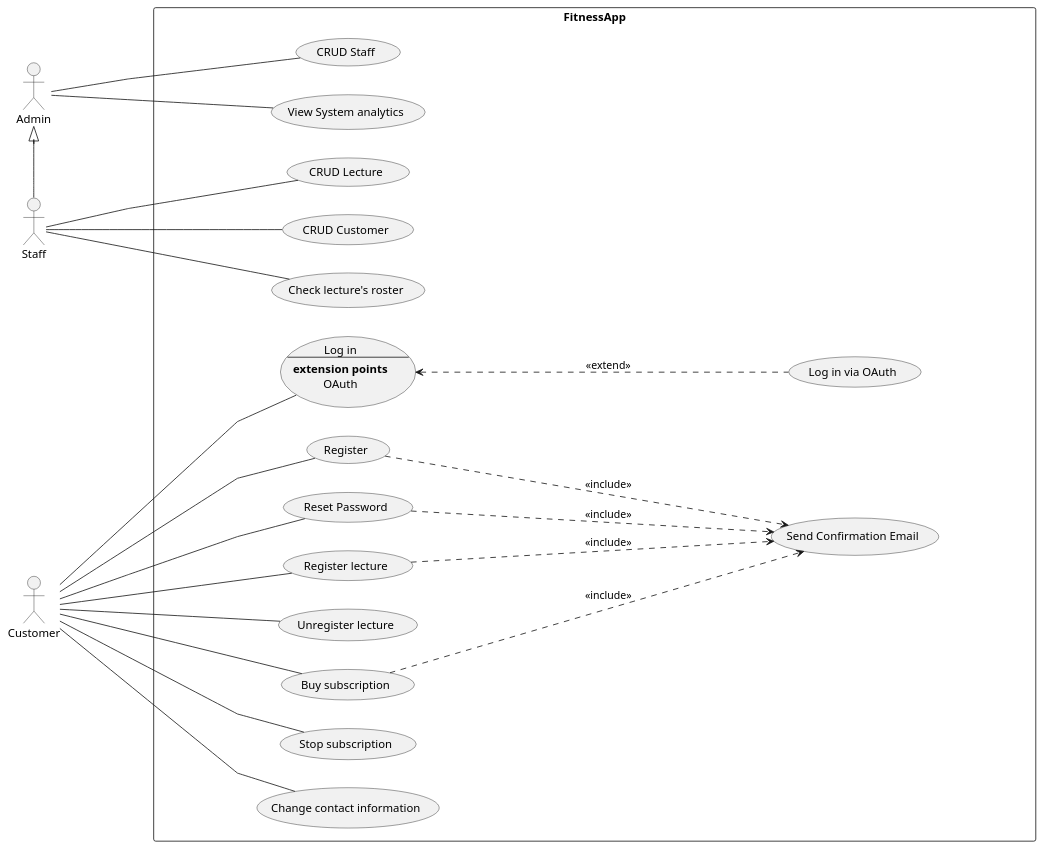
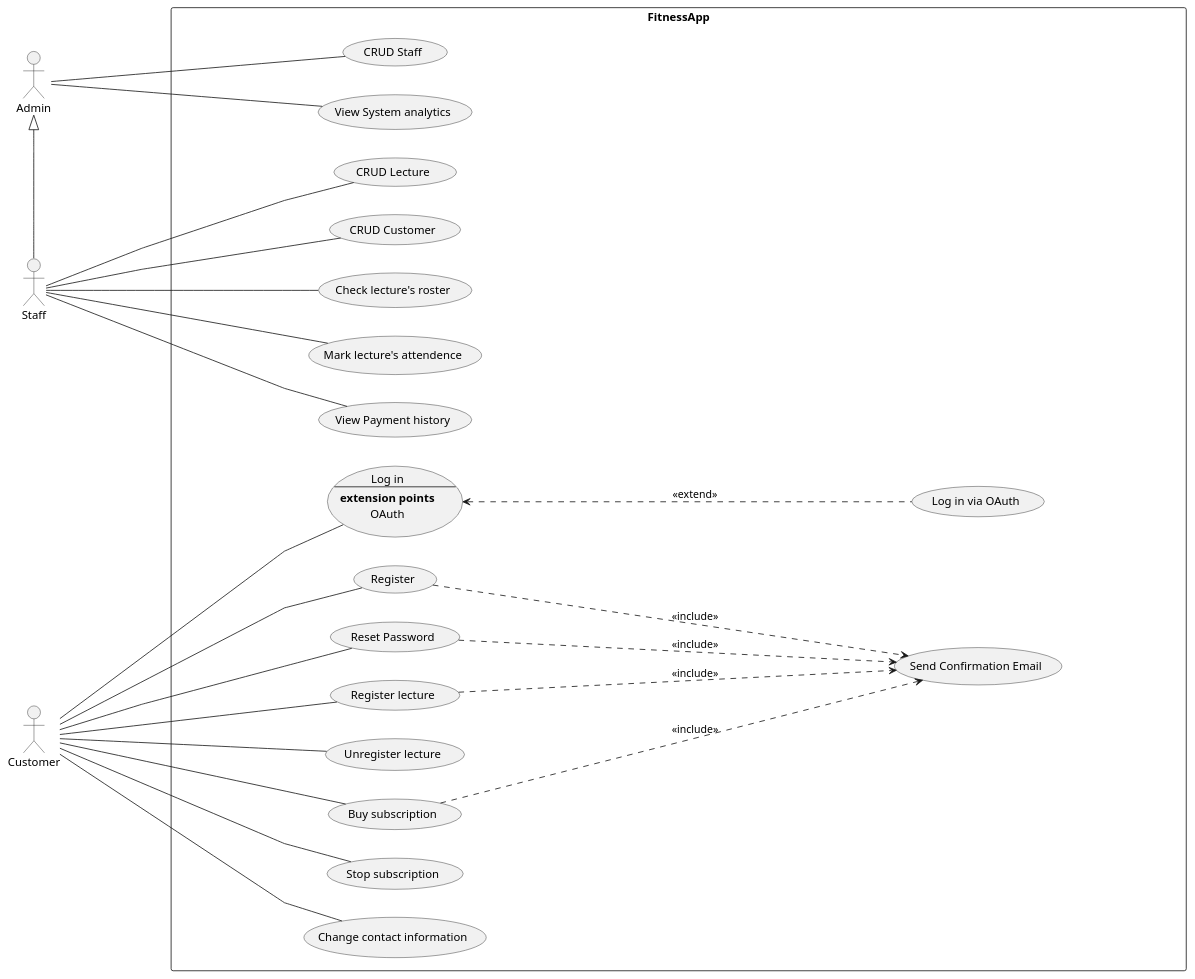
One commit to CatherineBalu/Fitness changed the diagram in Diagrams/UseCaseDiagram.puml. Above: the diagram before and after it, drawn with PlantUML.

Commit message:
add more usecases

```diff
--- a/Diagrams/UseCaseDiagram.puml
+++ b/Diagrams/UseCaseDiagram.puml
@@ -1,66 +1,70 @@
 @startuml FitnessApp
 
 !pragma ratio 0.80
 
  skinparam linetype polyline
 ' skinparam linetype ortho
 
 left to right direction
 
 ' Actors:
 actor "Admin" as admin
 actor "Staff" as staff
 actor "Customer" as customer
 
 ' Generalizations:
 staff -[norank]-|> admin
 
 
 ' System boundary:
 rectangle "FitnessApp" as fitnessApp {
     usecase "Register" as register
     usecase "Log in" as login
     usecase "Reset Password" as resetPassword
     usecase "Register lecture" as registerLecture
     usecase "Send Confirmation Email" as confirmationEmail
     usecase "Unregister lecture" as unregisterLecture
     usecase "Buy subscription" as buySubscription
     usecase "Stop subscription" as stopSubscription
     usecase "Change contact information" as changeContact
     usecase "Log in\n--\n**extension points**\nOAuth" as login
     usecase "Log in via OAuth" as oauthLogin
 
     usecase "CRUD Lecture" as crudLecture
     usecase "CRUD Customer" as crudCustomer
     usecase "Check lecture's roster" as checkRoster
+    usecase "Mark lecture's attendence" as markAttendence
+    usecase "View Payment history" as viewPaymentHistory
     
     usecase "CRUD Staff" as crudStaff
     usecase "View System analytics" as viewAnalytics
     }
 
 ' Includes, extends:
 
 register ..> confirmationEmail : <<include>>
 resetPassword ..> confirmationEmail : <<include>>
 registerLecture ..> confirmationEmail : <<include>>
 buySubscription ..> confirmationEmail : <<include>>
 oauthLogin .up.> login : <<extend>>
 
 ' Associations between actors and use cases:
 customer -- register
 customer -- login
 customer -- resetPassword
 customer -- registerLecture
 customer -- unregisterLecture
 customer -- buySubscription
 customer -- stopSubscription
 customer -- changeContact
 
 staff -- crudLecture
 staff -- crudCustomer
 staff -- checkRoster
+staff -- markAttendence
+staff -- viewPaymentHistory
 
 admin -- crudStaff
 admin -- viewAnalytics
 
 @enduml
```
